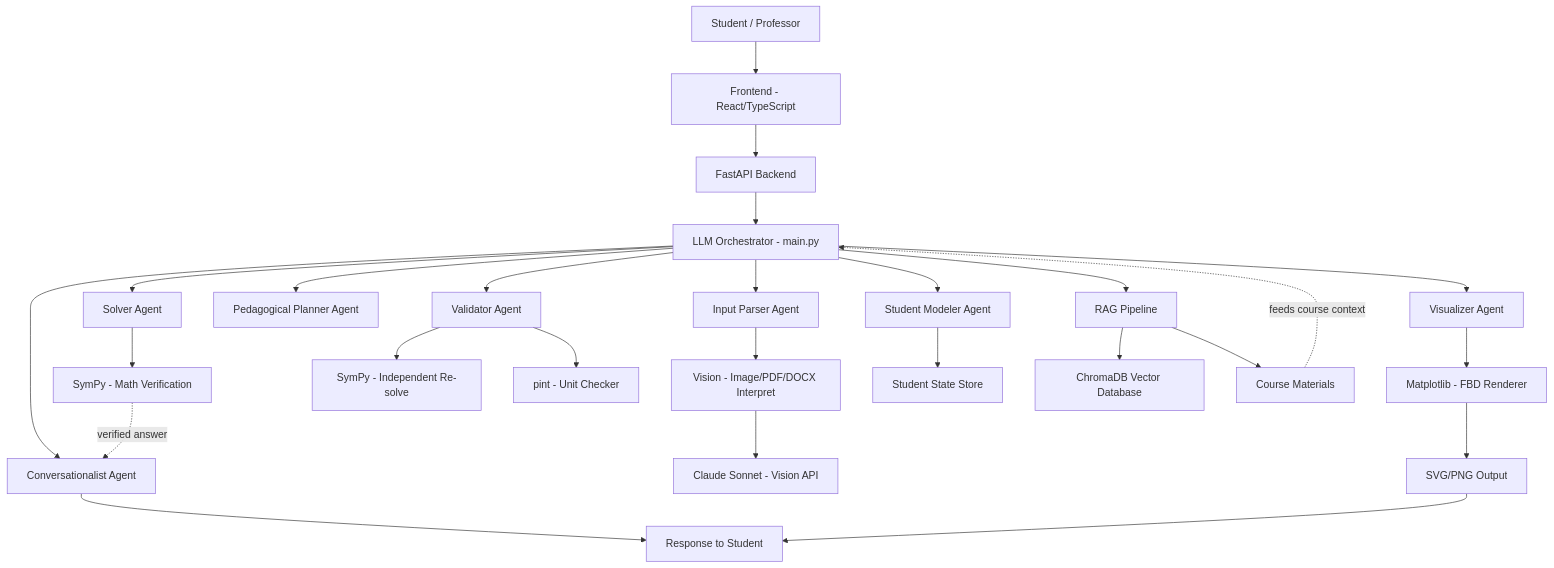
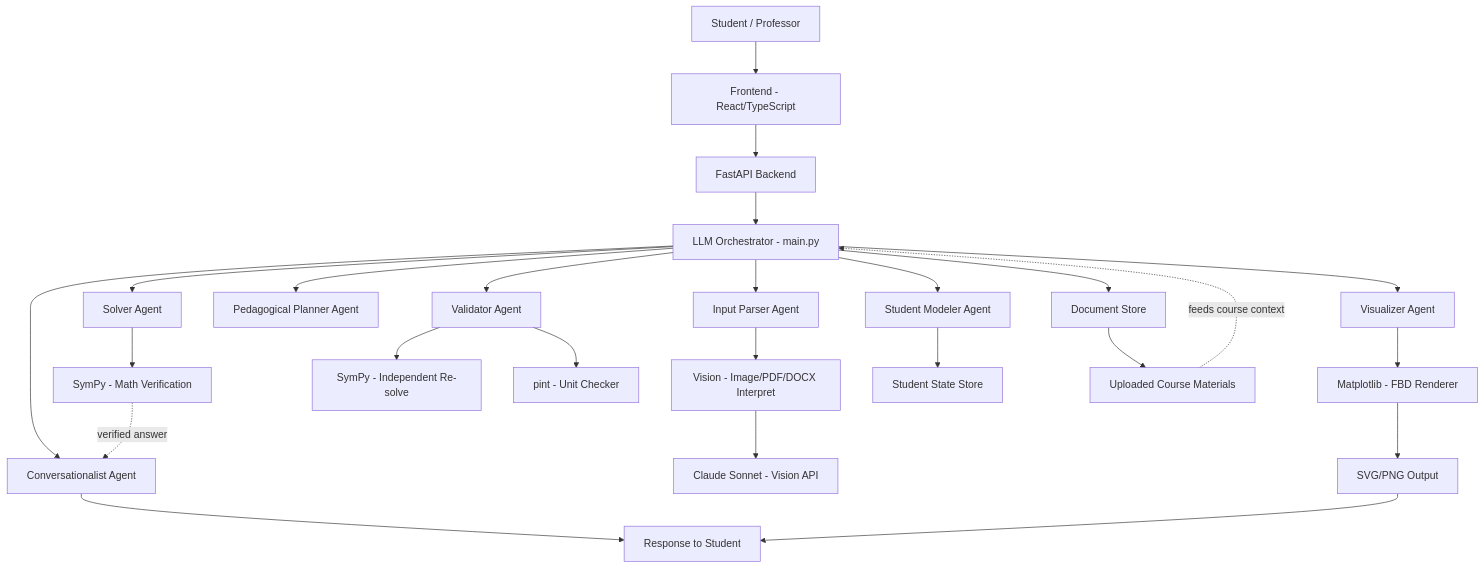
Before and after one commit to diegomartfue/Classroom-LM: the diagram in README.md, drawn with Mermaid. The commit also changed other lines of this file and 41 other files, not shown here.

Commit message:
Remove dead code: exec diagram renderer, RAG pipeline, unused screens and packages

````diff
--- a/README.md
+++ b/README.md
@@ -6,36 +6,35 @@
 ```mermaid
 flowchart TD
     A[Student / Professor] --> B[Frontend - React/TypeScript]
     B --> C[FastAPI Backend]
     C --> D[LLM Orchestrator - main.py]
 
     D --> E[Conversationalist Agent]
     D --> F[Input Parser Agent]
     D --> G[Student Modeler Agent]
     D --> H[Pedagogical Planner Agent]
     D --> I[Solver Agent]
     D --> J[Validator Agent]
     D --> K[Visualizer Agent]
 
     F --> F1[Vision - Image/PDF/DOCX Interpret]
     F1 --> F2[Claude Sonnet - Vision API]
 
     I --> I1[SymPy - Math Verification]
     I1 -.->|verified answer| E
 
     J --> J1[SymPy - Independent Re-solve]
     J --> J2[pint - Unit Checker]
 
     K --> K1[Matplotlib - FBD Renderer]
     K1 --> K2[SVG/PNG Output]
 
     G --> G1[Student State Store]
 
     E --> L[Response to Student]
     K2 --> L
 
-    D --> M[RAG Pipeline]
-    M --> N[ChromaDB Vector Database]
-    M --> O[Course Materials]
+    D --> M[Document Store]
+    M --> O[Uploaded Course Materials]
     O -.->|feeds course context| D
 ```
````
